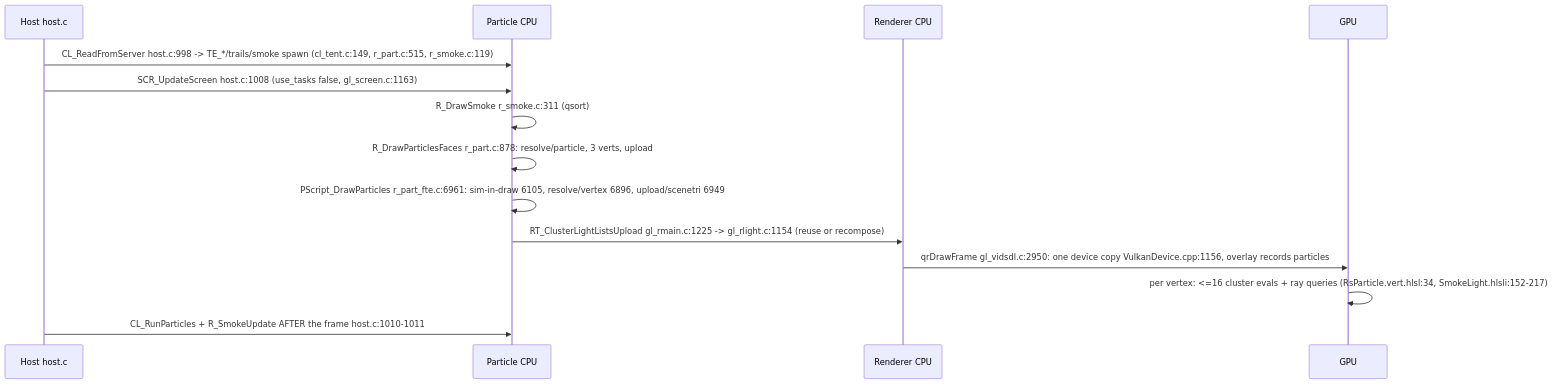
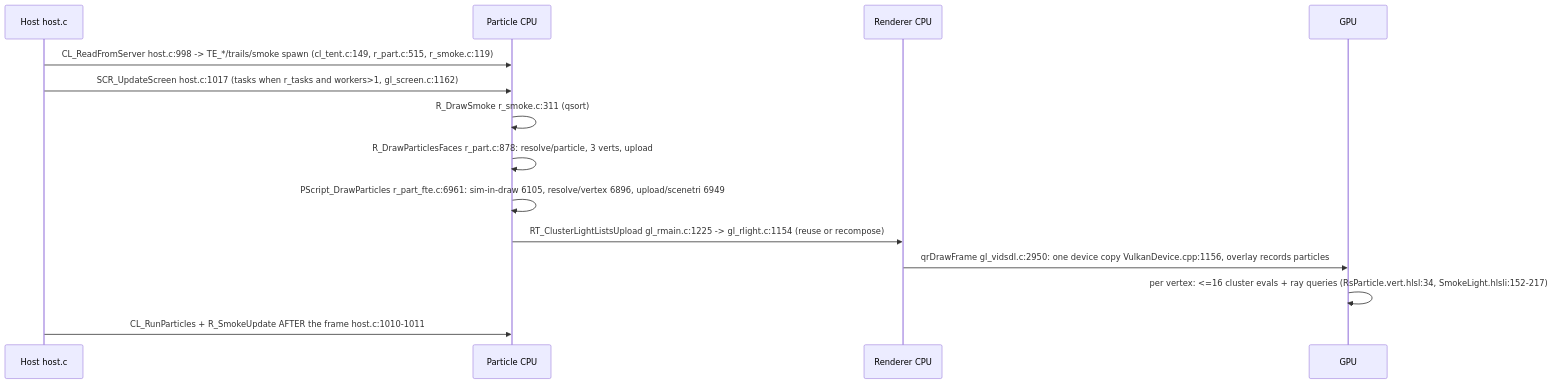
One commit to f1ames0ff/QuakeRay changed the second of 2 diagrams in docs/particle-current.md. Above: the diagram before and after it, drawn with Mermaid. The commit also changed other lines of this file and 3 other files, not shown here.

````diff
--- a/docs/particle-current.md
+++ b/docs/particle-current.md
@@ -72,16 +72,16 @@
 ```mermaid
 sequenceDiagram
   participant H as Host host.c
   participant P as Particle CPU
   participant R as Renderer CPU
   participant V as GPU
   H->>P: CL_ReadFromServer host.c:998 -> TE_*/trails/smoke spawn (cl_tent.c:149, r_part.c:515, r_smoke.c:119)
-  H->>P: SCR_UpdateScreen host.c:1008 (use_tasks false, gl_screen.c:1163)
+  H->>P: SCR_UpdateScreen host.c:1017 (tasks when r_tasks and workers>1, gl_screen.c:1162)
   P->>P: R_DrawSmoke r_smoke.c:311 (qsort)
   P->>P: R_DrawParticlesFaces r_part.c:878: resolve/particle, 3 verts, upload
   P->>P: PScript_DrawParticles r_part_fte.c:6961: sim-in-draw 6105, resolve/vertex 6896, upload/scenetri 6949
   P->>R: RT_ClusterLightListsUpload gl_rmain.c:1225 -> gl_rlight.c:1154 (reuse or recompose)
   R->>V: qrDrawFrame gl_vidsdl.c:2950: one device copy VulkanDevice.cpp:1156, overlay records particles
   V->>V: per vertex: <=16 cluster evals + ray queries (RsParticle.vert.hlsl:34, SmokeLight.hlsli:152-217)
   H->>P: CL_RunParticles + R_SmokeUpdate AFTER the frame host.c:1010-1011
 ```
````
